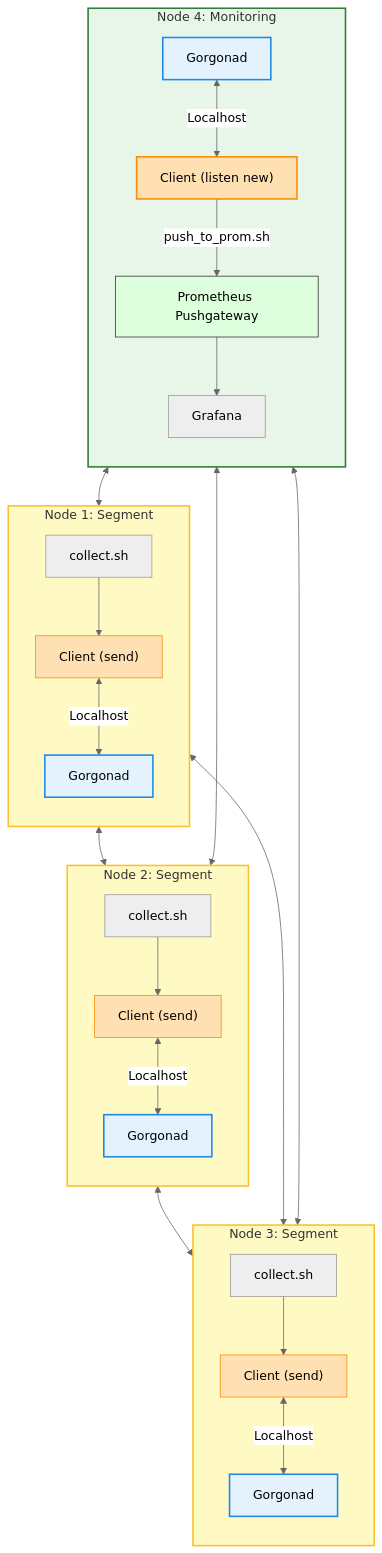
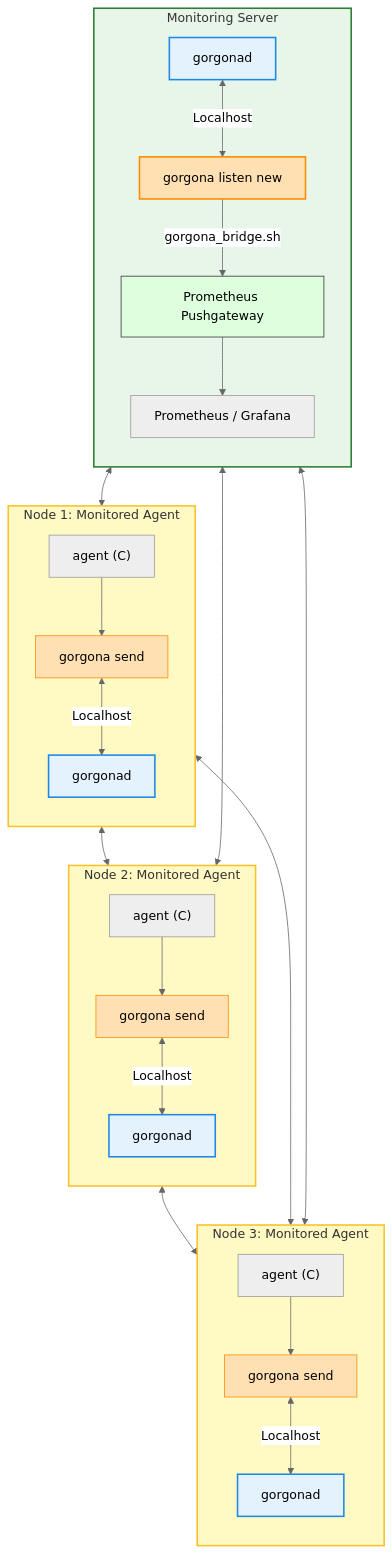
One commit to psqlmaster/gorgona changed the diagram in plugins/prom_push/readme.md. Above: the diagram before and after it, drawn with Mermaid (neutral theme). The commit also changed other lines of this file and 4 other files, not shown here.

Commit message:
feat: add prom_push plugin for resilient Gorgona P2P monitoring

````diff
--- a/plugins/prom_push/readme.md
+++ b/plugins/prom_push/readme.md
@@ -38,54 +41,54 @@
 ```mermaid
 graph TD
-    %% Segment Nodes
-    subgraph S1 ["Node 1: Segment"]
+    %% Monitored Nodes
+    subgraph S1 ["Node 1: Monitored Agent"]
         direction TB
-        sh1["collect.sh"] --> C1["Client (send)"]
-        C1 <-->|Localhost| D1["Gorgonad"]
+        sh1["agent (C)"] --> C1["gorgona send"]
+        C1 <-->|Localhost| D1["gorgonad"]
     end
 
-    subgraph S2 ["Node 2: Segment"]
+    subgraph S2 ["Node 2: Monitored Agent"]
         direction TB
-        sh2["collect.sh"] --> C2["Client (send)"]
-        C2 <-->|Localhost| D2["Gorgonad"]
+        sh2["agent (C)"] --> C2["gorgona send"]
+        C2 <-->|Localhost| D2["gorgonad"]
     end
 
-    subgraph S3 ["Node 3: Segment"]
+    subgraph S3 ["Node 3: Monitored Agent"]
         direction TB
-        sh3["collect.sh"] --> C3["Client (send)"]
-        C3 <-->|Localhost| D3["Gorgonad"]
+        sh3["agent (C)"] --> C3["gorgona send"]
+        C3 <-->|Localhost| D3["gorgonad"]
     end
 
-    %% Prometheus Node (Now with its own Gorgonad)
-    subgraph PROM ["Node 4: Monitoring"]
+    %% Monitoring Node
+    subgraph PROM ["Monitoring Server"]
         direction TB
-        D4["Gorgonad"] <-->|Localhost| C4["Client (listen new)"]
-        C4 -->|push_to_prom.sh| GW["Prometheus Pushgateway"]
-        GW --> Grafana["Grafana"]
+        D4["gorgonad"] <-->|Localhost| C4["gorgona listen new"]
+        C4 -->|gorgona_bridge.sh| GW["Prometheus Pushgateway"]
+        GW --> Grafana["Prometheus / Grafana"]
     end
 
-    %% P2P Mesh (Full Mesh between all 4 Daemons)
+    %% P2P Mesh (Full Mesh)
     D1 <--> D2
     D2 <--> D3
     D3 <--> D4
     D4 <--> D1
     D1 <--> D3
     D2 <--> D4
 
-    %% Styling Nodes (Yellow for Segments, Green for Monitoring)
+    %% Styling Nodes (Yellow for Agents, Green for Monitoring)
     style S1 fill:#fff9c4,stroke:#fbc02d,stroke-width:2px
     style S2 fill:#fff9c4,stroke:#fbc02d,stroke-width:2px
     style S3 fill:#fff9c4,stroke:#fbc02d,stroke-width:2px
     style PROM fill:#e8f5e9,stroke:#2e7d32,stroke-width:2px
 
     %% Styling Components
     style C1 fill:#ffe0b2,stroke:#fb8c00
     style C2 fill:#ffe0b2,stroke:#fb8c00
     style C3 fill:#ffe0b2,stroke:#fb8c00
     style C4 fill:#ffe0b2,stroke:#fb8c00,stroke-width:2px
     style D1 fill:#e3f2fd,stroke:#1e88e5,stroke-width:2px
     style D2 fill:#e3f2fd,stroke:#1e88e5,stroke-width:2px
     style D3 fill:#e3f2fd,stroke:#1e88e5,stroke-width:2px
     style D4 fill:#e3f2fd,stroke:#1e88e5,stroke-width:2px
     style GW fill:#dfd,stroke:#333
 ```
````
